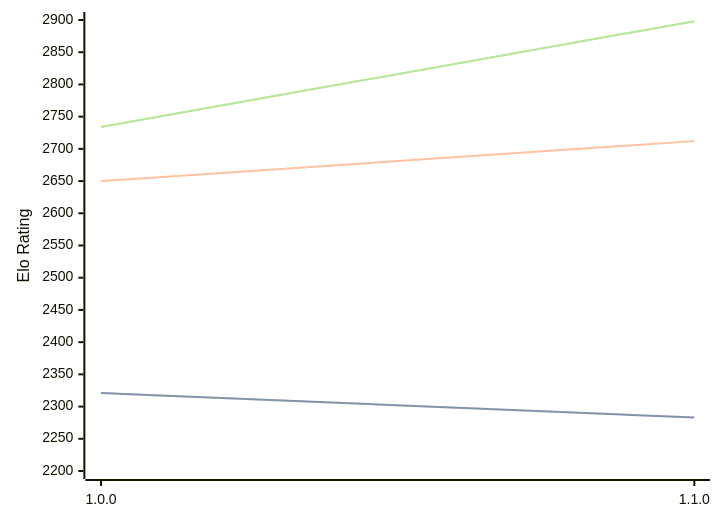
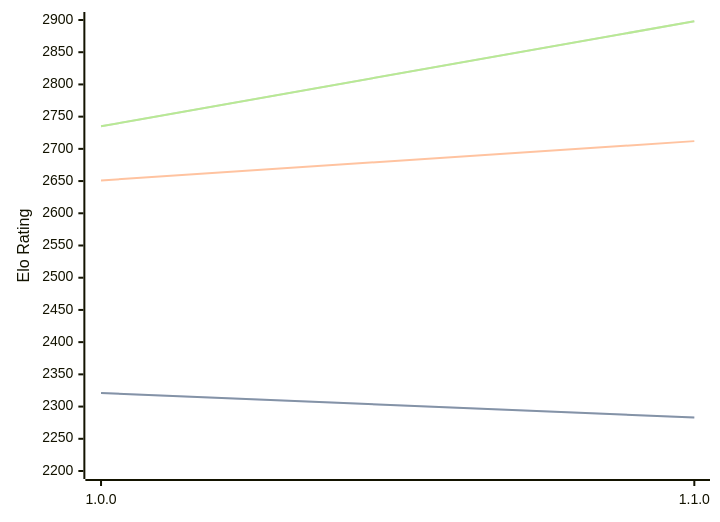
The third of 3 diagrams in engines/ShallowGuess.md (computer-chess-index/cci), drawn with Mermaid before and after one commit. The commit also changed other lines of this file, not shown here.

Commit message:
Update CCI Ratings (ELO VLTC) - 2026-07-09

````diff
--- a/engines/ShallowGuess.md
+++ b/engines/ShallowGuess.md
@@ -69,11 +69,11 @@
 ```mermaid
 %%{init: {"theme":"base","themeVariables":{"seriesColors:['#a3a3a3','#222221','#faa371']}}}%%
 xychart-beta
   x-axis ["1.0.0", "1.1.0"]
   y-axis "Elo Rating" 2200 --> 2900
   line "STC (8.0+0.08s)" [2321, 2283]
   line "STC (8.0+0.08s)" [2321, 2283]
-  line "LTC (60.0+0.60s)" [2650, 2712]
-  line "VLTC (2m24s+1.12s)" [2734, 2898]
-  line "VLTC (2m24s+1.12s)" [2734, 2898]
+  line "LTC (60.0+0.60s)" [2651, 2712]
+  line "VLTC (2m24s+1.12s)" [2735, 2898]
+  line "VLTC (2m24s+1.12s)" [2735, 2898]
 ```
````
